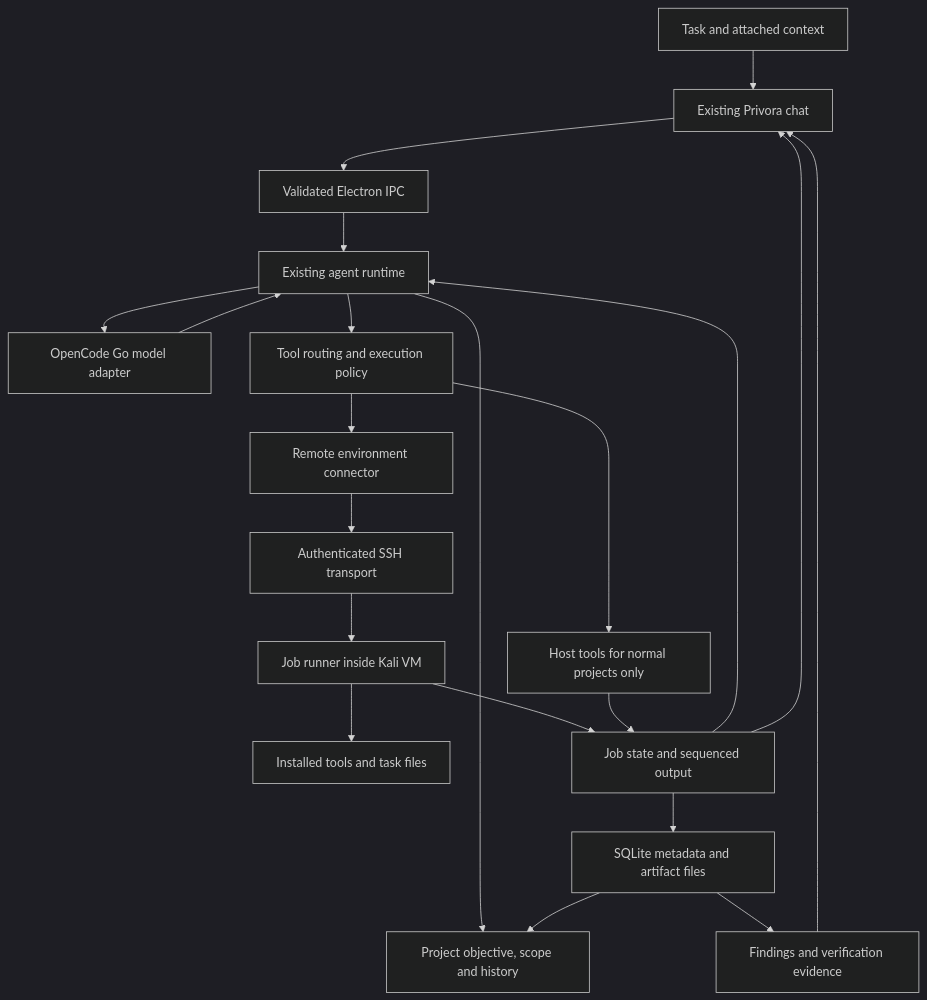
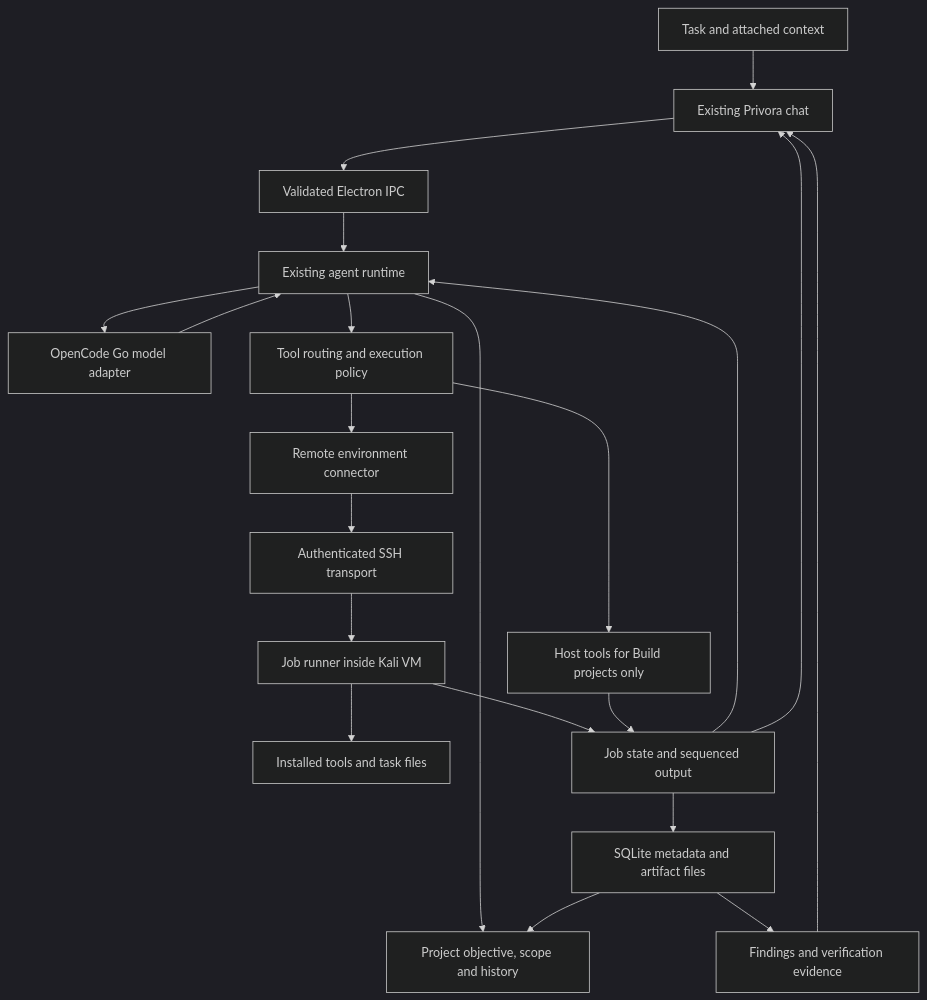
One commit to MohammedSafwan10/ai changed the diagram in apps/desktop/docs/security-workspace/ARCHITECTURE.md. Above: the diagram before and after it, drawn with Mermaid (dark theme). The commit also changed 8 other files, not shown here.

Commit message:
Rename Normal workspace labels to Build

````diff
--- a/apps/desktop/docs/security-workspace/ARCHITECTURE.md
+++ b/apps/desktop/docs/security-workspace/ARCHITECTURE.md
@@ -21,23 +21,23 @@
 ```mermaid
 flowchart TB
     User[Task and attached context] --> UI[Existing Privora chat]
     UI --> IPC[Validated Electron IPC]
     IPC --> Runtime[Existing agent runtime]
     Runtime --> Context[Project objective, scope and history]
     Runtime --> Model[OpenCode Go model adapter]
     Model --> Runtime
     Runtime --> Policy[Tool routing and execution policy]
-    Policy --> Local[Host tools for normal projects only]
+    Policy --> Local[Host tools for Build projects only]
     Policy --> Connector[Remote environment connector]
     Connector --> SSH[Authenticated SSH transport]
     SSH --> Runner[Job runner inside Kali VM]
     Runner --> Tools[Installed tools and task files]
     Runner --> Events[Job state and sequenced output]
     Local --> Events
     Events --> Runtime
     Events --> UI
     Events --> Store[SQLite metadata and artifact files]
     Store --> Context
     Store --> Findings[Findings and verification evidence]
     Findings --> UI
 ```
````
